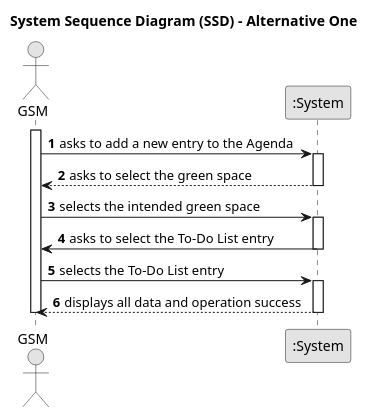
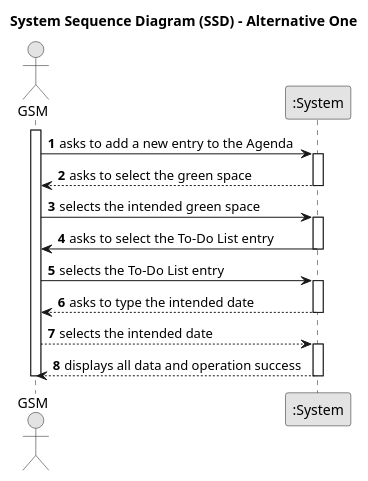
One commit to Departamento-de-Engenharia-Informatica/lei-24-s2-1df-1de-g063 changed the diagram in docs/SprintC/us022/01.requirements-engineering/puml/us022-system-sequence-diagram-alternative-one.puml. Above: the diagram before and after it, drawn with PlantUML. The commit also changed 15 other files, not shown here.

```diff
--- a/docs/SprintC/us022/01.requirements-engineering/puml/us022-system-sequence-diagram-alternative-one.puml
+++ b/docs/SprintC/us022/01.requirements-engineering/puml/us022-system-sequence-diagram-alternative-one.puml
@@ -1,30 +1,30 @@
 @startuml
 skinparam monochrome true
 skinparam packageStyle rectangle
 skinparam shadowing false
 
 title System Sequence Diagram (SSD) - Alternative One
 
 autonumber
 
 actor "GSM" as GSM
 participant ":System" as System
 activate GSM
     GSM -> System : asks to add a new entry to the Agenda
     activate System
         System --> GSM : asks to select the green space
         deactivate System
     GSM -> System : selects the intended green space
     activate System
         System -> GSM : asks to select the To-Do List entry
         deactivate System
     GSM -> System : selects the To-Do List entry
     activate System
-    ''System --> GSM : asks to type the intended date
-        ''deactivate System
-    ''GSM --> System : selects the intended date
-    ''activate System
+    System --> GSM : asks to type the intended date
+        deactivate System
+    GSM --> System : selects the intended date
+    activate System
            System --> GSM : displays all data and operation success
            deactivate System
 deactivate GSM
 @enduml
```
